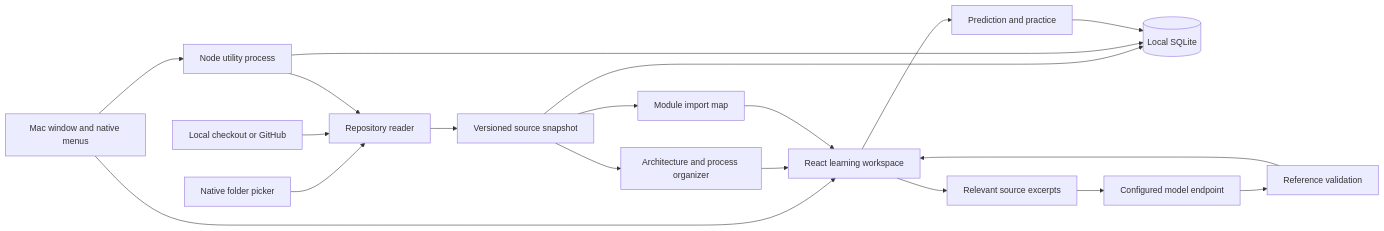
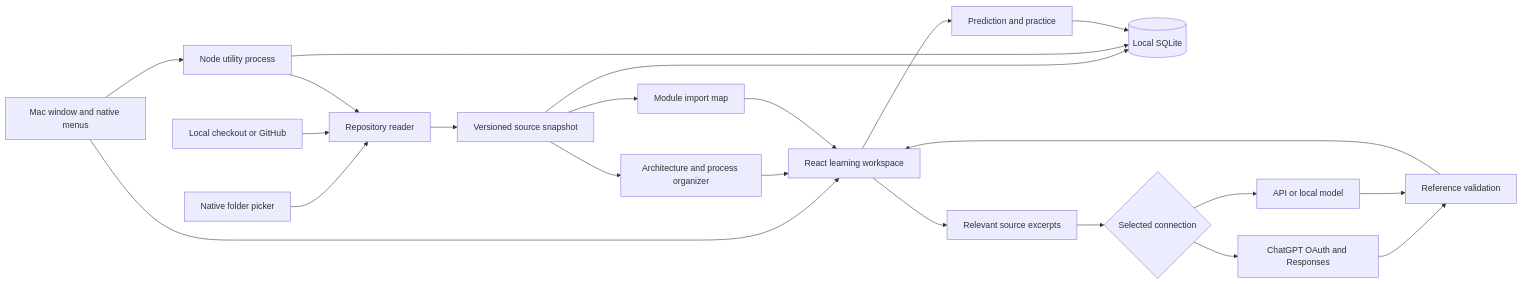
One commit to VillaforTech/trama changed the diagram in docs/architecture.md. Above: the diagram before and after it, drawn with Mermaid. The commit also changed other lines of this file and 31 other files, not shown here.

Commit message:
Add ChatGPT plan sign-in with encrypted Mac credentials

````diff
--- a/docs/architecture.md
+++ b/docs/architecture.md
@@ -7,21 +7,24 @@
 ```mermaid
 flowchart LR
   Mac[Mac window and native menus] --> UI[React learning workspace]
   Picker[Native folder picker] --> Import
   Source[Local checkout or GitHub] --> Import[Repository reader]
   Import --> Snapshot[Versioned source snapshot]
   Snapshot --> Organize[Architecture and process organizer]
   Snapshot --> Map[Module import map]
   Snapshot --> Store[(Local SQLite)]
   Mac --> Service[Node utility process]
   Service --> Import
   Service --> Store
   Organize --> UI
   Map --> UI
   UI --> Practice[Prediction and practice]
   Practice --> Store
   UI --> Context[Relevant source excerpts]
-  Context --> Provider[Configured model endpoint]
-  Provider --> Validate[Reference validation]
+  Context --> Choice{Selected connection}
+  Choice --> ChatGPT[ChatGPT OAuth and Responses]
+  Choice --> Provider[API or local model]
+  ChatGPT --> Validate[Reference validation]
+  Provider --> Validate
   Validate --> UI
 ```
````
